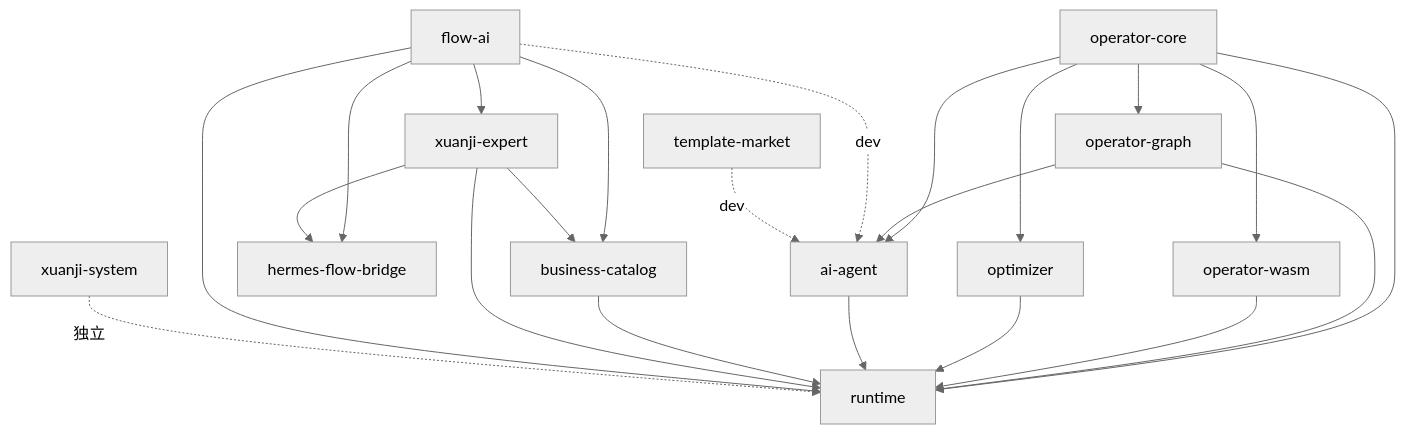
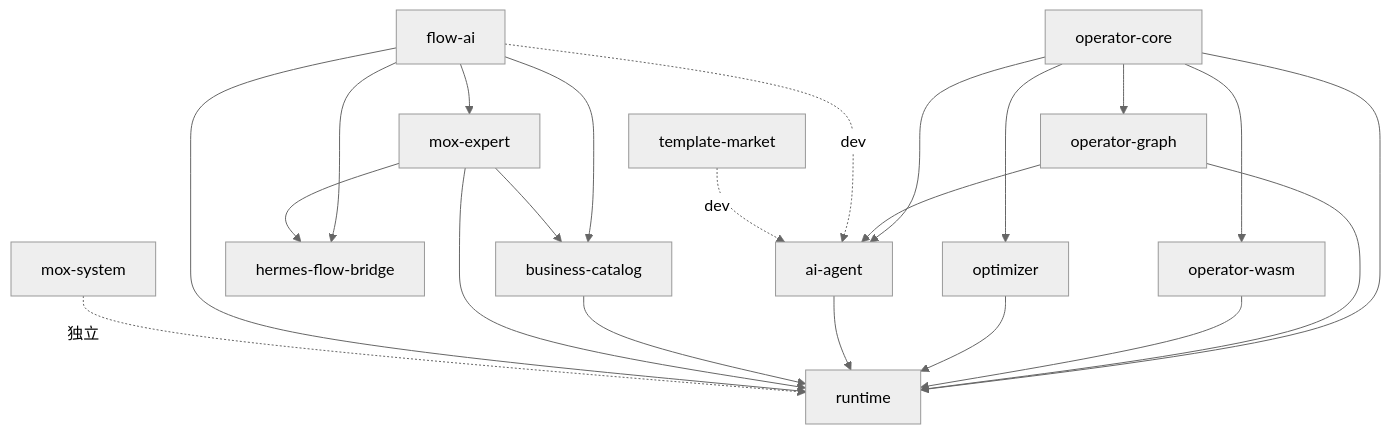
One commit to aikjx/mox changed the first of 2 diagrams in docs/specs/OUS-业务功能规划与架构数据关系分析.md. Above: the diagram before and after it, drawn with Mermaid (neutral theme). The commit also changed other lines of this file and 560 other files, not shown here.

Commit message:
chore(docs): 将 xuanji 重命名为 mox

````diff
--- a/docs/specs/OUS-业务功能规划与架构数据关系分析.md
+++ b/docs/specs/OUS-业务功能规划与架构数据关系分析.md
@@ -127,24 +127,24 @@
 ```mermaid
 graph TD
   OC[operator-core] --> OW[operator-wasm]
   OC --> OG[operator-graph]
   OC --> OP[optimizer]
-  FA[flow-ai] --> EA[xuanji-expert]
+  FA[flow-ai] --> EA[mox-expert]
   FA --> HB[hermes-flow-bridge]
   FA --> BC[business-catalog]
   EA --> HB
   EA --> BC
   OC --> AIA[ai-agent]
   OG --> AIA
   FA -.dev.-> AIA
   TM[template-market] -.dev.-> AIA
   OC --> RT[runtime]
   OG --> RT
   OW --> RT
   OP --> RT
   AIA --> RT
   BC --> RT
   EA --> RT
   FA --> RT
-  AS[xuanji-system] -.独立.-> RT
+  AS[mox-system] -.独立.-> RT
 ```
````
